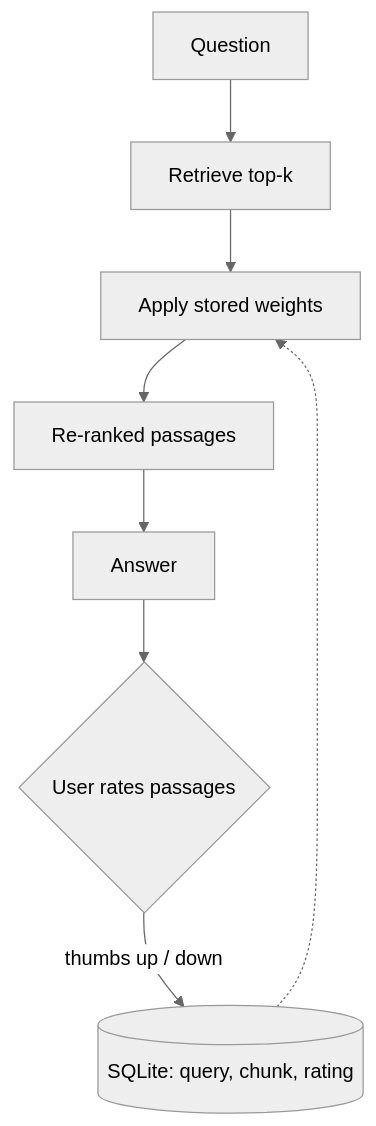
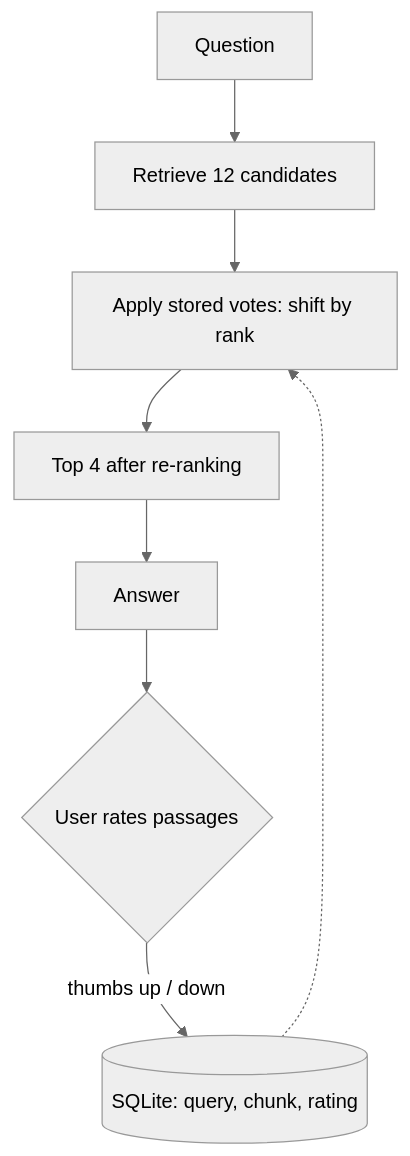
One commit to HImeshSankhala/RAG-Techniques changed the diagram in frontend/content/feedback-rag.mdx. Above: the diagram before and after it, drawn with Mermaid (neutral theme). The commit also changed other lines of this file and 2 other files, not shown here.

````diff
--- a/frontend/content/feedback-rag.mdx
+++ b/frontend/content/feedback-rag.mdx
@@ -19,10 +21,10 @@
 ```mermaid
 flowchart TD
-  Q[Question] --> R[Retrieve top-k]
-  R --> W[Apply stored weights]
-  W --> K[Re-ranked passages]
+  Q[Question] --> R[Retrieve 12 candidates]
+  R --> W[Apply stored votes: shift by rank]
+  W --> K[Top 4 after re-ranking]
   K --> A[Answer]
   A --> U{User rates passages}
   U -->|thumbs up / down| DB[(SQLite: query, chunk, rating)]
   DB -.-> W
 ```
````
